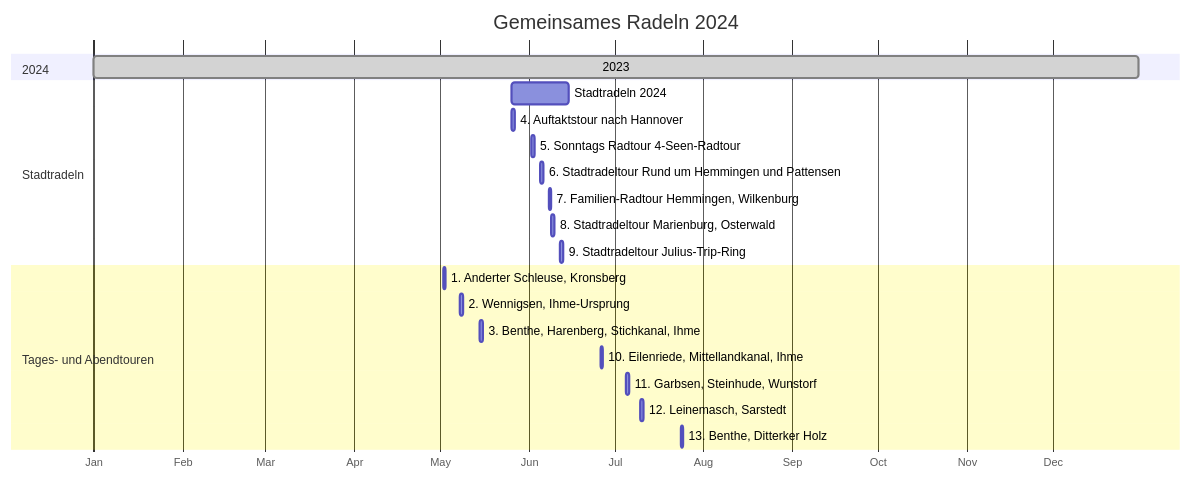
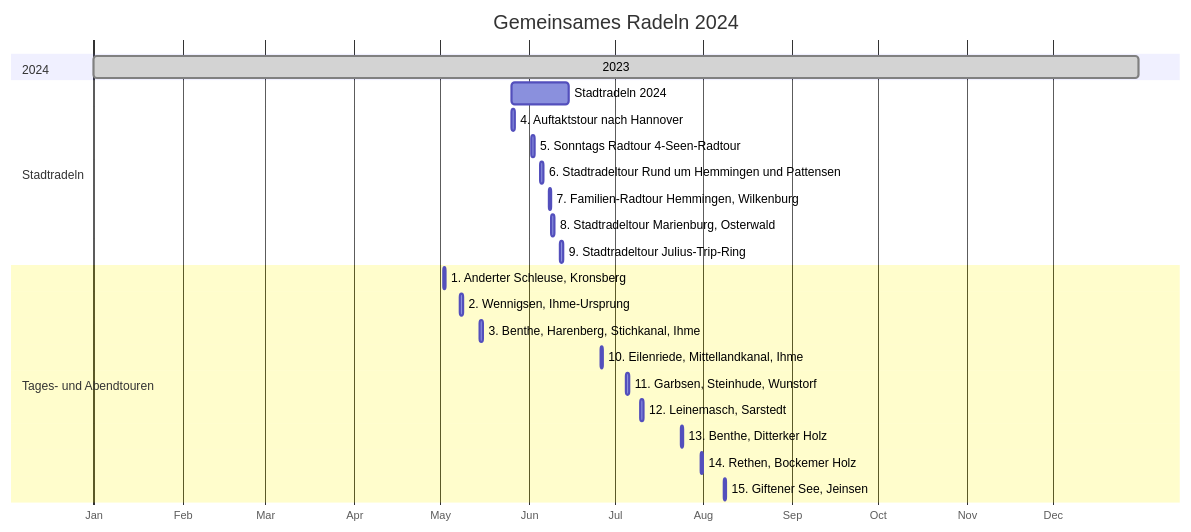
One commit to adfc-hemmingen-pattensen/pelican-md-soures changed the diagram in Touren/Fahrradtouren2024.md. Above: the diagram before and after it, drawn with Mermaid.

````diff
--- a/Touren/Fahrradtouren2024.md
+++ b/Touren/Fahrradtouren2024.md
@@ -10,32 +10,31 @@
 ``` mermaid
 gantt
 dateFormat  YYYY-MM-DD
 title Gemeinsames Radeln 2024
 axisFormat  %b
 todayMarker stroke-width:0px
 
 section 2024
 2023: done, 2024-01-01, 2024-12-31
 
 section Stadtradeln  
 Stadtradeln 2024:          action, 2024-05-26, 2024-06-15
 4. Auftaktstour nach Hannover:   2024-05-26, 1d
 5. Sonntags Radtour 4-Seen-Radtour:   2024-06-02, 1d
 6. Stadtradeltour Rund um Hemmingen und Pattensen:     2024-06-05, 1d
 7. Familien-Radtour Hemmingen, Wilkenburg:    2024-06-08, 1d
 8. Stadtradeltour Marienburg, Osterwald:    2024-06-09, 1d
 9. Stadtradeltour Julius-Trip-Ring:     2024-06-12, 1d
 
 section Tages- und Abendtouren
 1. Anderter Schleuse, Kronsberg:      2024-05-02, 1d
 2. Wennigsen, Ihme-Ursprung: 2024-05-08, 1d
 3. Benthe, Harenberg, Stichkanal, Ihme: 2024-05-15, 1d
 10. Eilenriede, Mittellandkanal, Ihme: 2024-06-26, 1d
 11. Garbsen, Steinhude, Wunstorf: 2024-07-05, 1d
 12. Leinemasch, Sarstedt: 2024-07-10, 1d
 13. Benthe, Ditterker Holz: 2024-07-24, 1d
-
-
-
+14. Rethen, Bockemer Holz: 2024-07-31, 1d
+15. Giftener See, Jeinsen: 2024-08-08, 1d
 
 ```
````
